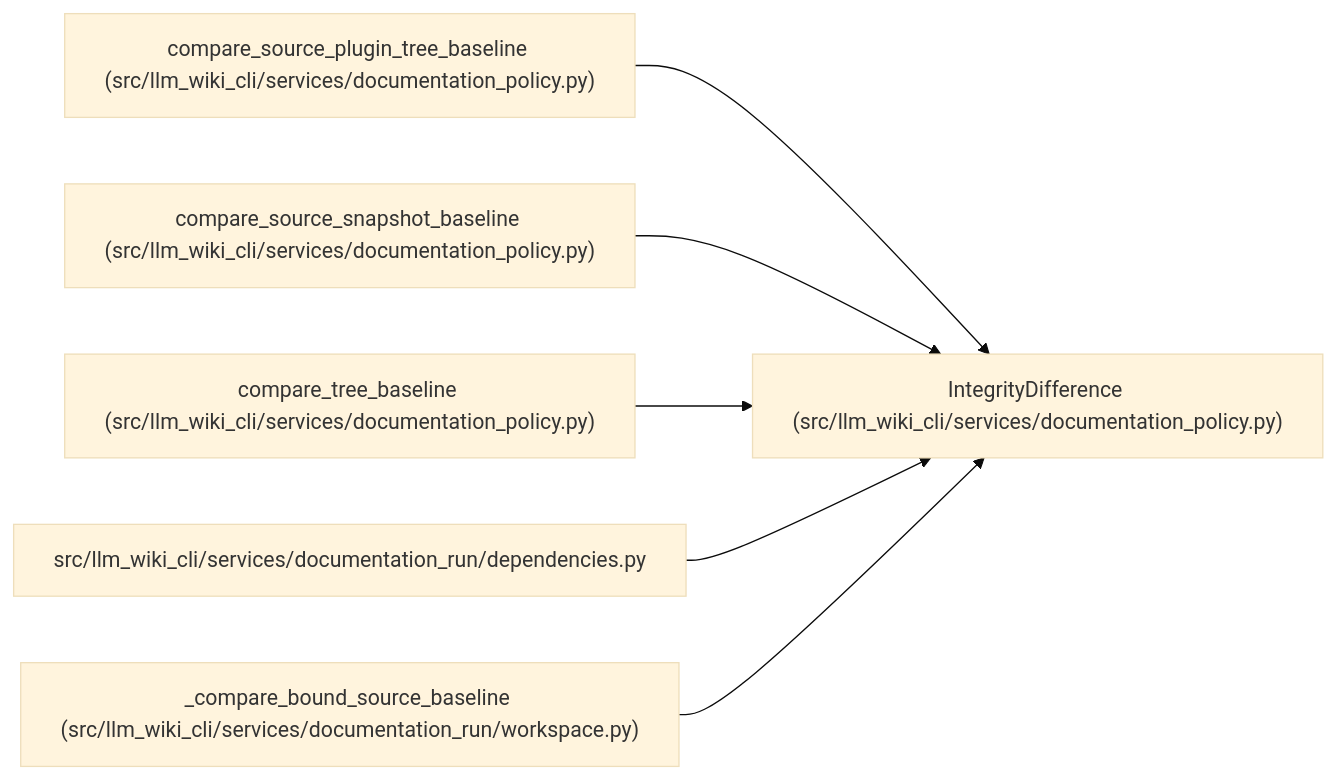
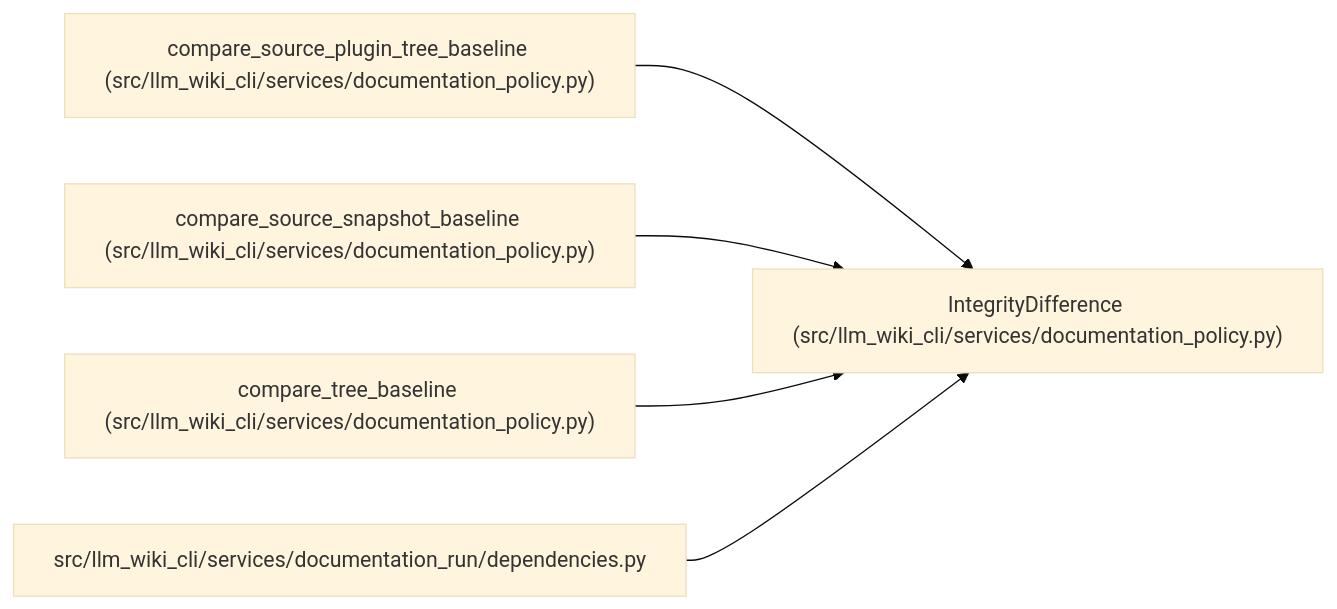
Before and after one commit to Denissvgn/python-wiki-llm: the diagram in docs/llm_wiki/entities/IntegrityDifference.md, drawn with Mermaid (base theme). The commit also changed other lines of this file and 719 other files, not shown here.

````diff
--- a/docs/llm_wiki/entities/IntegrityDifference.md
+++ b/docs/llm_wiki/entities/IntegrityDifference.md
@@ -33,20 +33,17 @@
 ```mermaid
 flowchart LR
     n0["IntegrityDifference (src/llm_wiki_cli/services/documentation_policy.py)"]
     n1["compare_source_plugin_tree_baseline (src/llm_wiki_cli/services/documentation_policy.py)"]
     n2["compare_source_snapshot_baseline (src/llm_wiki_cli/services/documentation_policy.py)"]
     n3["compare_tree_baseline (src/llm_wiki_cli/services/documentation_policy.py)"]
     n4["src/llm_wiki_cli/services/documentation_run/dependencies.py"]
-    n5["_compare_bound_source_baseline (src/llm_wiki_cli/services/documentation_run/workspace.py)"]
     n1 --> n0
     n2 --> n0
     n3 --> n0
     n4 --> n0
-    n5 --> n0
     click n0 "../modules/documentation_policy.md"
     click n1 "../modules/documentation_policy.md"
     click n2 "../modules/documentation_policy.md"
     click n3 "../modules/documentation_policy.md"
     click n4 "../modules/documentation_run_dependencies.md"
-    click n5 "../modules/workspace.md"
 ```
````
